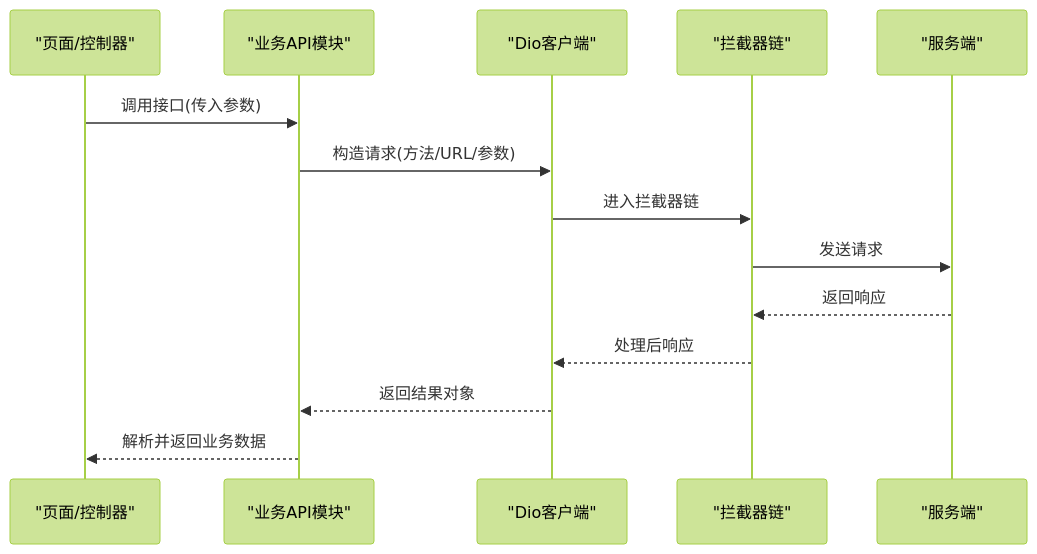
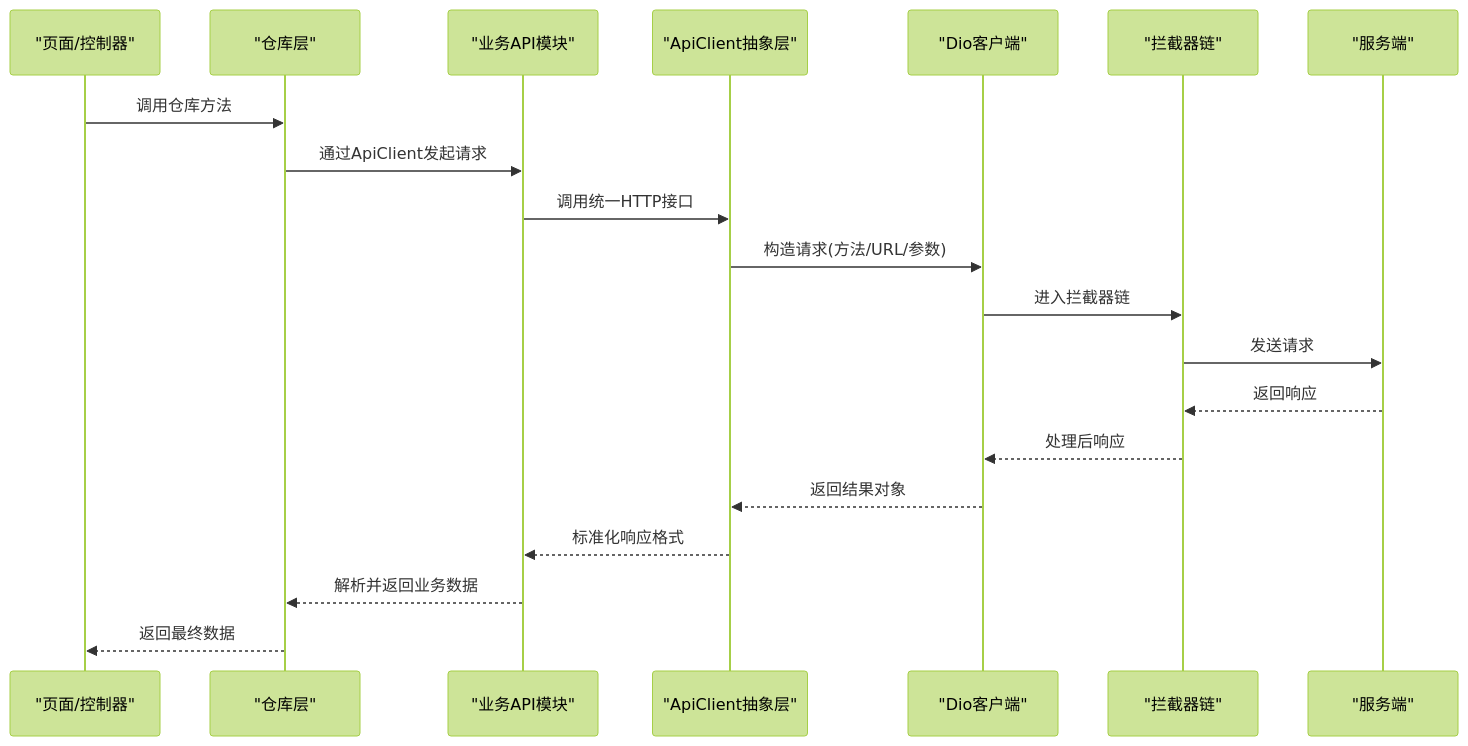
Before and after one commit to justLXX/pilipala: the fifth of 6 diagrams in .qoder/repowiki/zh/content/架构设计/HTTP网络层.md, drawn with Mermaid (forest theme). The commit also changed other lines of this file and 194 other files, not shown here.

````diff
--- a/.qoder/repowiki/zh/content/架构设计/HTTP网络层.md
+++ b/.qoder/repowiki/zh/content/架构设计/HTTP网络层.md
@@ -237,16 +333,22 @@
 ```mermaid
 sequenceDiagram
 participant Page as "页面/控制器"
+participant Repo as "仓库层"
 participant API as "业务API模块"
+participant Client as "ApiClient抽象层"
 participant Dio as "Dio客户端"
 participant Inter as "拦截器链"
 participant Srv as "服务端"
-Page->>API : 调用接口(传入参数)
-API->>Dio : 构造请求(方法/URL/参数)
+Page->>Repo : 调用仓库方法
+Repo->>API : 通过ApiClient发起请求
+API->>Client : 调用统一HTTP接口
+Client->>Dio : 构造请求(方法/URL/参数)
 Dio->>Inter : 进入拦截器链
 Inter->>Srv : 发送请求
 Srv-->>Inter : 返回响应
 Inter-->>Dio : 处理后响应
-Dio-->>API : 返回结果对象
-API-->>Page : 解析并返回业务数据
+Dio-->>Client : 返回结果对象
+Client-->>API : 标准化响应格式
+API-->>Repo : 解析并返回业务数据
+Repo-->>Page : 返回最终数据
 ```
````
